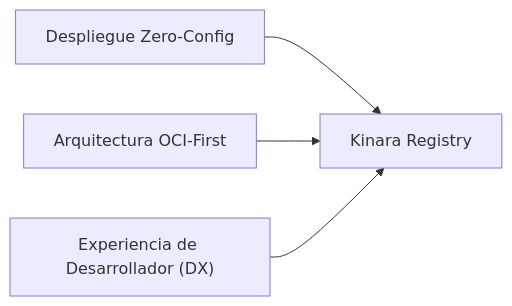
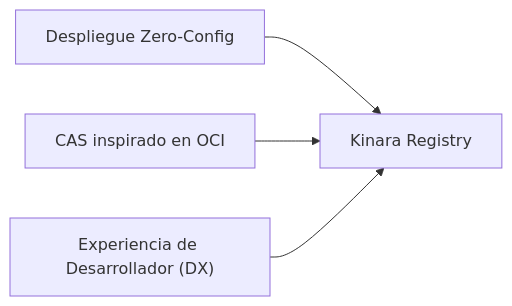
Before and after one commit to CesarAchig/Kinara-Registry: the diagram in Planification/01-vision-y-alcance.md, drawn with Mermaid. The commit also changed other lines of this file and 10 other files, not shown here.

````diff
--- a/Planification/01-vision-y-alcance.md
+++ b/Planification/01-vision-y-alcance.md
@@ -21,6 +21,6 @@
 ```mermaid
 flowchart LR
     A["Despliegue Zero-Config"] --> D["Kinara Registry"]
-    B["Arquitectura OCI-First"] --> D
+    B["CAS inspirado en OCI"] --> D
     C["Experiencia de Desarrollador (DX)"] --> D
 ```
````
